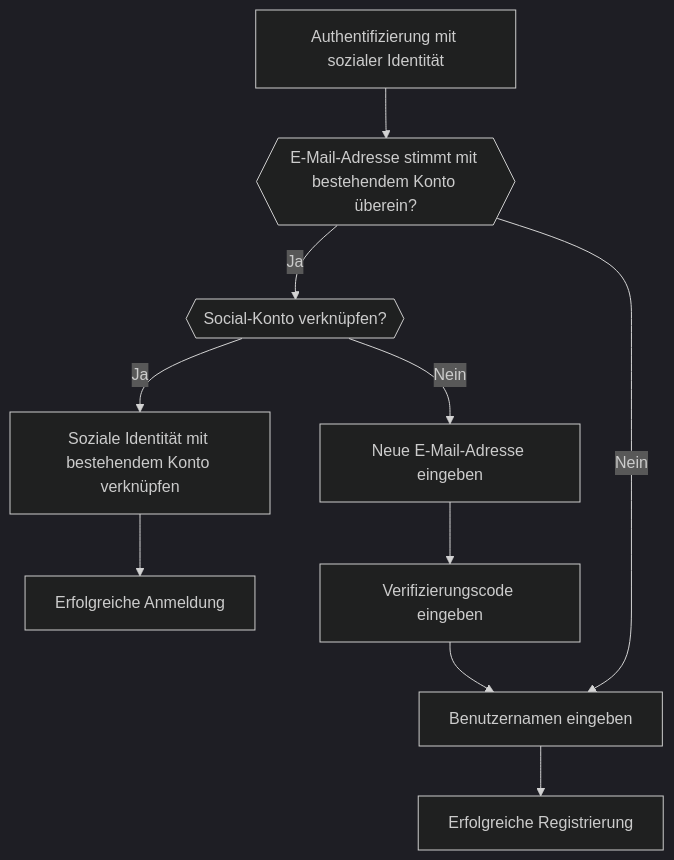
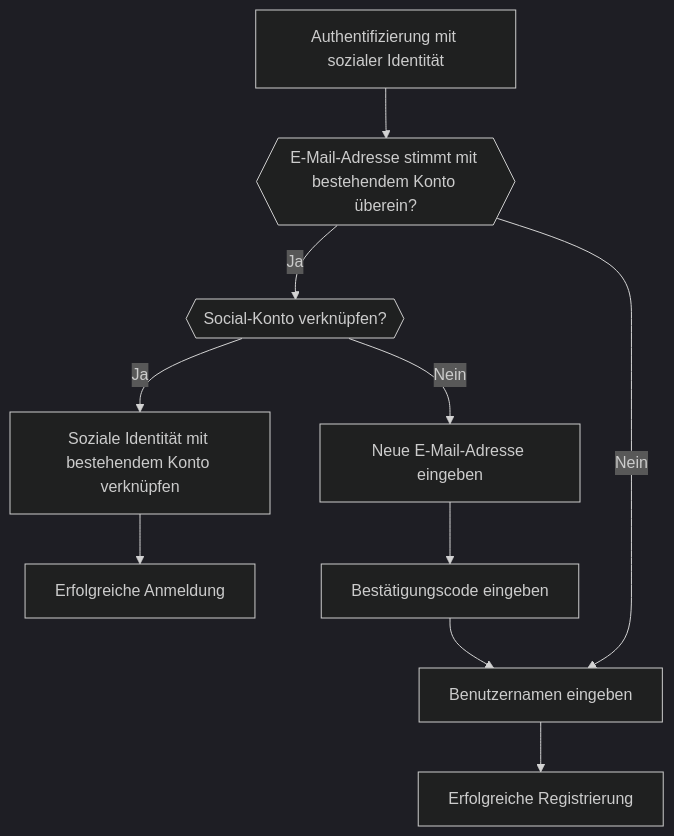
Before and after one commit to logto-io/docs: the fifth of 6 diagrams in i18n/de/docusaurus-plugin-content-docs/current/end-user-flows/sign-up-and-sign-in/social-sign-in.mdx, drawn with Mermaid (dark theme). The commit also changed other lines of this file and 67 other files, not shown here.

````diff
--- a/i18n/de/docusaurus-plugin-content-docs/current/end-user-flows/sign-up-and-sign-in/social-sign-in.mdx
+++ b/i18n/de/docusaurus-plugin-content-docs/current/end-user-flows/sign-up-and-sign-in/social-sign-in.mdx
@@ -134,12 +136,12 @@
    ```mermaid
       flowchart TD
        A[Authentifizierung mit sozialer Identität] --> B{{E-Mail-Adresse stimmt mit bestehendem Konto überein?}}
        B -- Ja --> C{{Social-Konto verknüpfen?}}
        C -- Ja --> D[Soziale Identität mit bestehendem Konto verknüpfen]
        D --> E[Erfolgreiche Anmeldung]
        C -- Nein --> F[Neue E-Mail-Adresse eingeben]
-       F --> G[Verifizierungscode eingeben]
+       F --> G[Bestätigungscode eingeben]
        G --> H[Benutzernamen eingeben]
        H --> I[Erfolgreiche Registrierung]
        B -- Nein --> H
    ```
````
